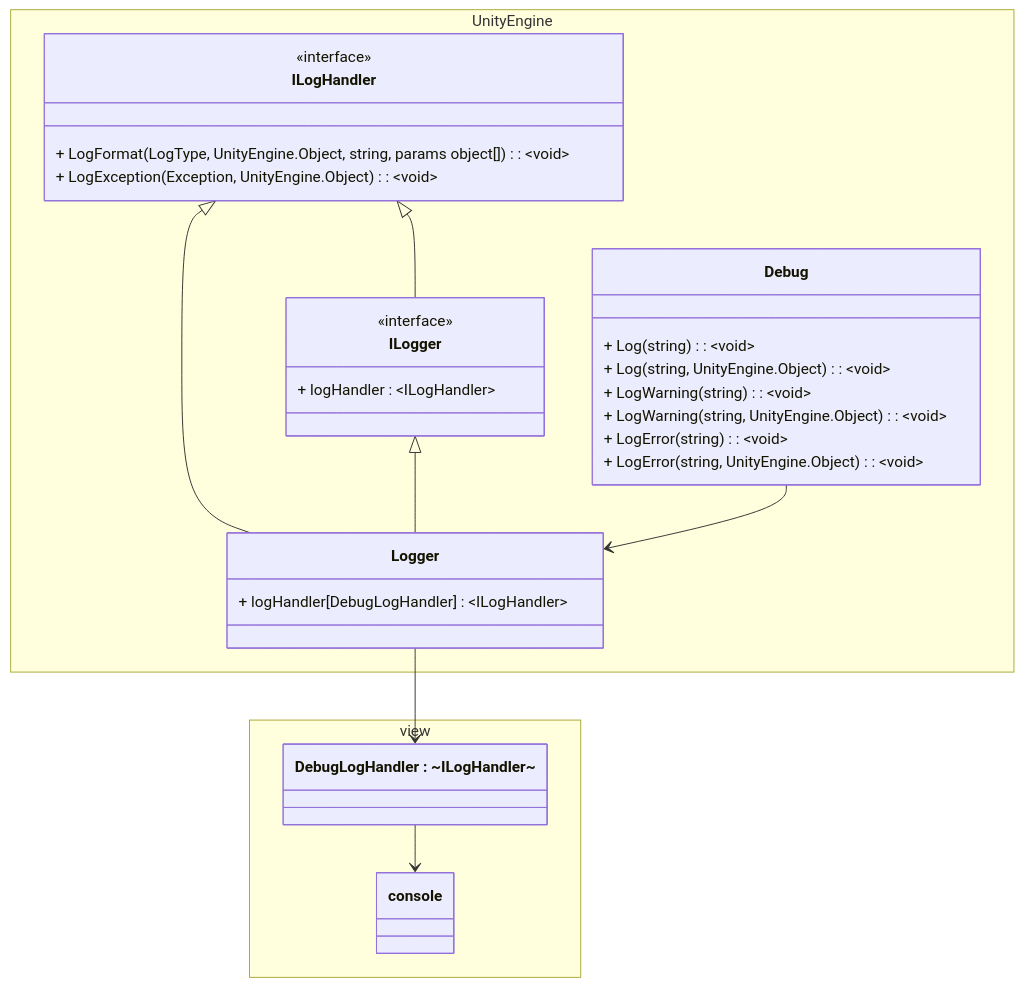
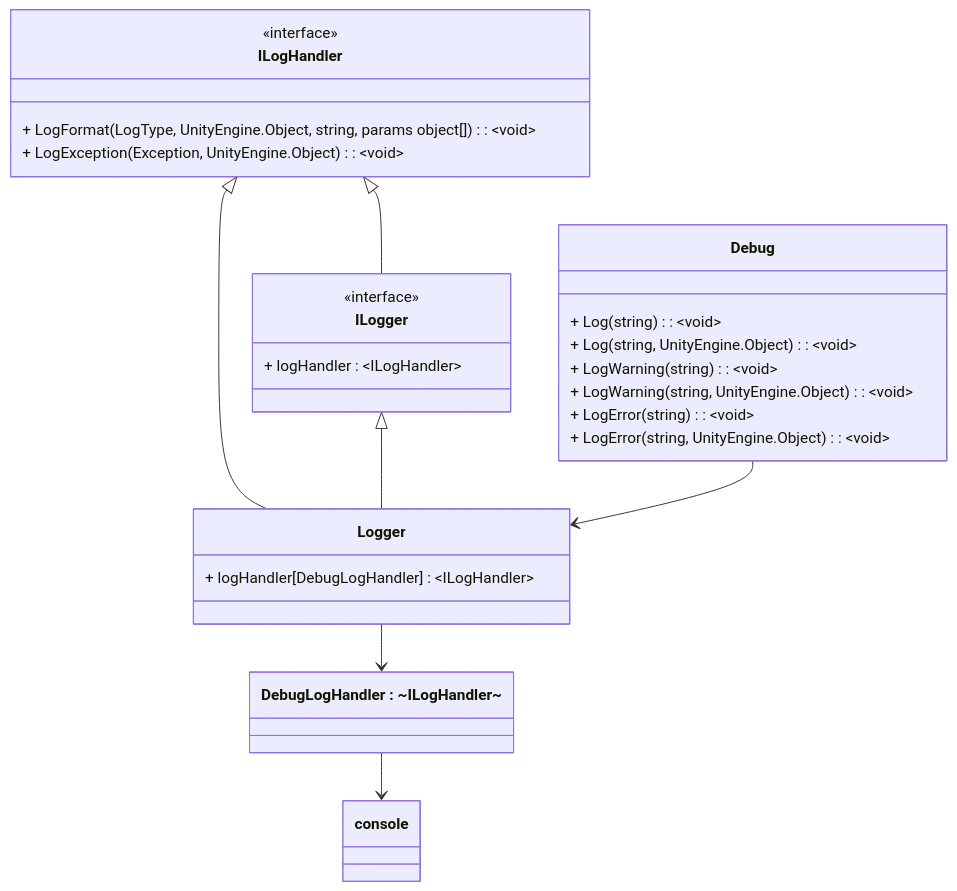
The second of 2 diagrams in README_JP.md (ADONE-Games/CustomDebugLogger), drawn with Mermaid before and after one commit. The commit also changed other lines of this file, not shown here.

````diff
--- a/README_JP.md
+++ b/README_JP.md
@@ -146,41 +133,36 @@
 ```mermaid
 classDiagram
-    direction TB
+  direction TB
 
-    namespace UnityEngine {
-        class ILogHandler {
-            <<interface>>
-            + LogFormat(LogType, UnityEngine.Object, string, params object[]): ~void~
-            + LogException(Exception, UnityEngine.Object): ~void~
-        }
-        class ILogger {
-            <<interface>>
-            + logHandler : ~ILogHandler~
-        }
-        class Debug {
-            + Log(string): ~void~
-            + Log(string, UnityEngine.Object): ~void~
-            + LogWarning(string): ~void~
-            + LogWarning(string, UnityEngine.Object): ~void~
-            + LogError(string): ~void~
-            + LogError(string, UnityEngine.Object): ~void~
-        }
-        class Logger{
-            + logHandler[DebugLogHandler] : ~ILogHandler~
-        }
+    class ILogHandler {
+        <<interface>>
+        + LogFormat(LogType, UnityEngine.Object, string, params object[]): ~void~
+        + LogException(Exception, UnityEngine.Object): ~void~
     }
-    
-   
-    namespace view {
-        class DebugLogHandler [ "DebugLogHandler : ~ILogHandler~" ]
-        class console
+    class ILogger {
+        <<interface>>
+        + logHandler : ~ILogHandler~
     }
+    class Debug {
+        + Log(string): ~void~
+        + Log(string, UnityEngine.Object): ~void~
+        + LogWarning(string): ~void~
+        + LogWarning(string, UnityEngine.Object): ~void~
+        + LogError(string): ~void~
+        + LogError(string, UnityEngine.Object): ~void~
+    }
+    class Logger{
+        + logHandler[DebugLogHandler] : ~ILogHandler~
+    }
+
+    class DebugLogHandler [ "DebugLogHandler : ~ILogHandler~" ]
+    class console
 
     ILogHandler <|-- Logger
     ILogHandler <|-- ILogger
     ILogger <|-- Logger
     Debug --> Logger
 
     Logger --> DebugLogHandler
     DebugLogHandler --> console
 ```
````
